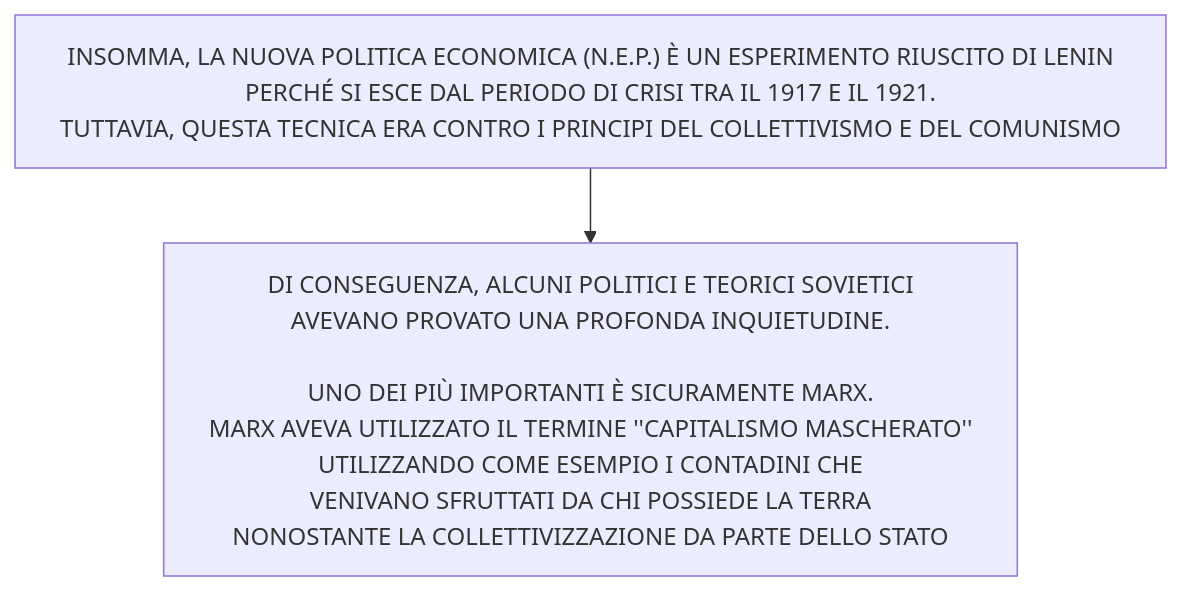
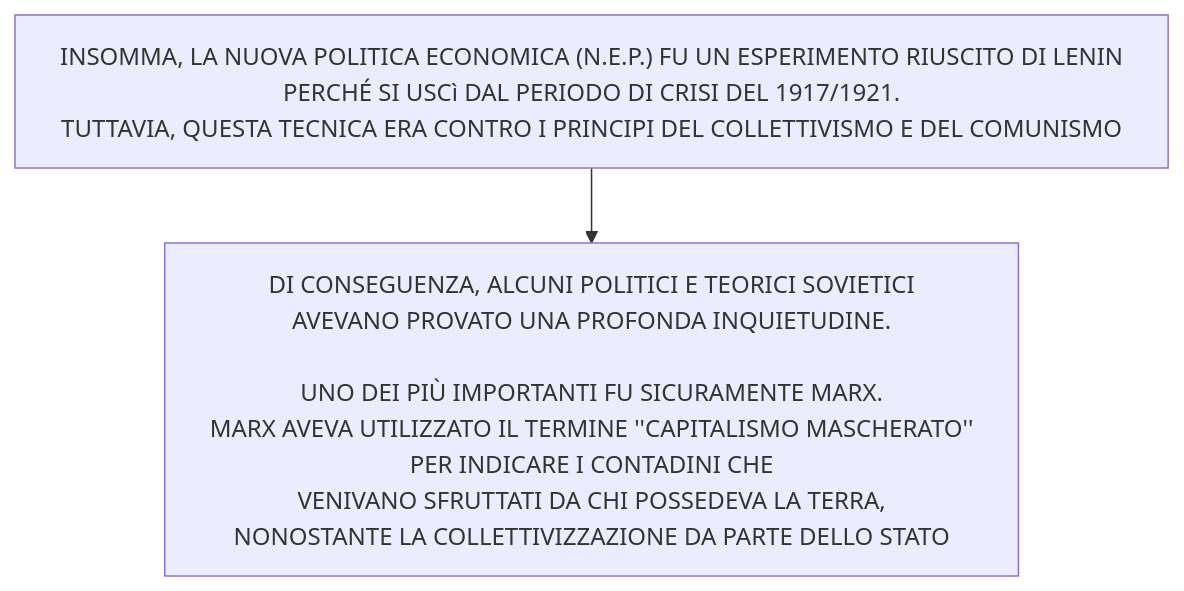
One commit to Laaouatni/ricerca-storia-MermaidJS changed diagram 21 of 22 in stalinismoRiscrittura.md. Above: the diagram before and after it, drawn with Mermaid.

````diff
--- a/stalinismoRiscrittura.md
+++ b/stalinismoRiscrittura.md
@@ -415,7 +415,7 @@
 ```mermaid
 %%{init: { "flowchart": { "wrappingWidth": 800 } }}%%
 flowchart TB
-  2["INSOMMA, LA NUOVA POLITICA ECONOMICA (N.E.P.) È UN ESPERIMENTO RIUSCITO DI LENIN <BR>PERCHÉ SI ESCE DAL PERIODO DI CRISI TRA IL 1917 E IL 1921. <BR>TUTTAVIA, QUESTA TECNICA ERA CONTRO I PRINCIPI DEL COLLETTIVISMO E DEL COMUNISMO"]
-  3[DI CONSEGUENZA, ALCUNI POLITICI E TEORICI SOVIETICI <br>AVEVANO PROVATO UNA PROFONDA INQUIETUDINE. <br><br>UNO DEI PIÙ IMPORTANTI È SICURAMENTE MARX. <br>MARX AVEVA UTILIZZATO IL TERMINE ''CAPITALISMO MASCHERATO'' <br>UTILIZZANDO COME ESEMPIO I CONTADINI CHE <br>VENIVANO SFRUTTATI DA CHI POSSIEDE LA TERRA<br> NONOSTANTE LA COLLETTIVIZZAZIONE DA PARTE DELLO STATO]
+  2["INSOMMA, LA NUOVA POLITICA ECONOMICA (N.E.P.) FU UN ESPERIMENTO RIUSCITO DI LENIN <BR>PERCHÉ SI USCì DAL PERIODO DI CRISI DEL 1917/1921. <BR>TUTTAVIA, QUESTA TECNICA ERA CONTRO I PRINCIPI DEL COLLETTIVISMO E DEL COMUNISMO"]
+  3[DI CONSEGUENZA, ALCUNI POLITICI E TEORICI SOVIETICI <br>AVEVANO PROVATO UNA PROFONDA INQUIETUDINE. <br><br>UNO DEI PIÙ IMPORTANTI FU SICURAMENTE MARX. <br>MARX AVEVA UTILIZZATO IL TERMINE ''CAPITALISMO MASCHERATO'' <br>PER INDICARE I CONTADINI CHE <br>VENIVANO SFRUTTATI DA CHI POSSEDEVA LA TERRA,<br> NONOSTANTE LA COLLETTIVIZZAZIONE DA PARTE DELLO STATO]
   2 --> 3
 ```
````
